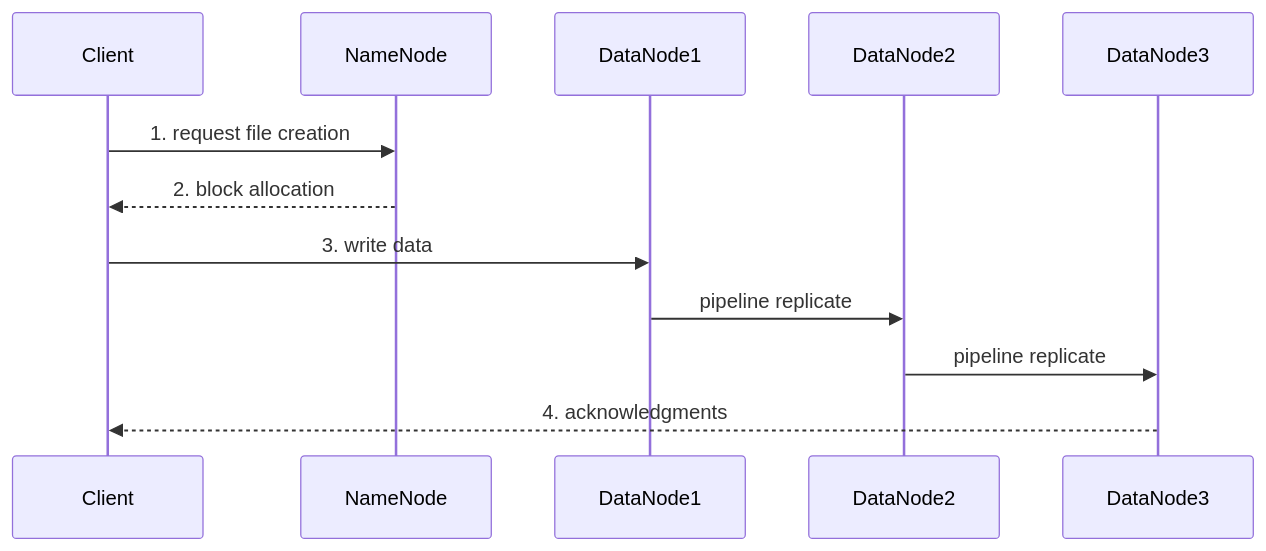
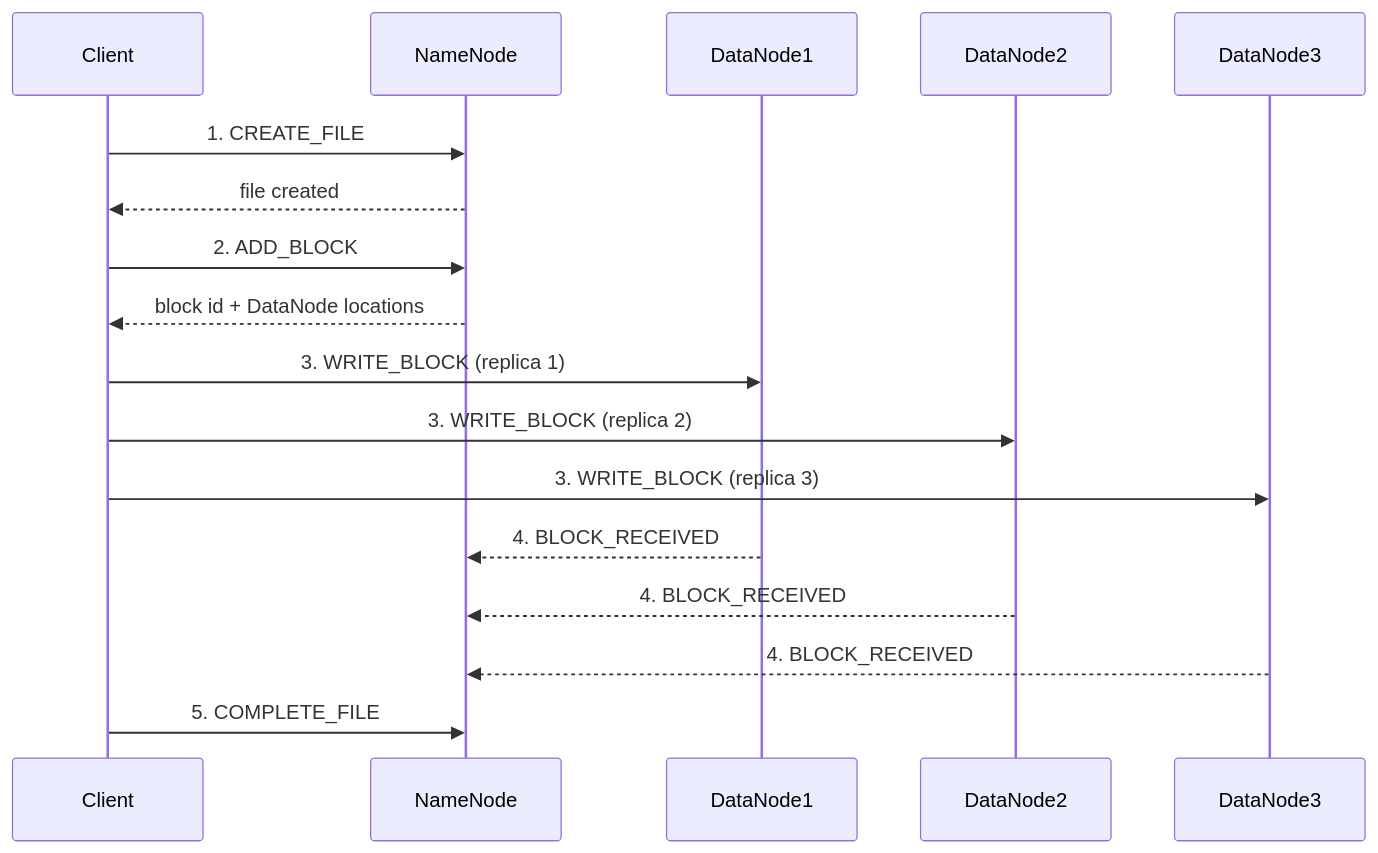
One commit to jchu0/applied-cs-projects changed the second of 4 diagrams in 34-distributed-file-system/docs/ARCHITECTURE.md. Above: the diagram before and after it, drawn with Mermaid. The commit also changed other lines of this file and 2 other files, not shown here.

First line of the commit message:
Fix drifted API docs and write-path diagram (05, 34)

````diff
--- a/34-distributed-file-system/docs/ARCHITECTURE.md
+++ b/34-distributed-file-system/docs/ARCHITECTURE.md
@@ -86,14 +97,19 @@
 ```mermaid
 sequenceDiagram
     participant Client
     participant NameNode
     participant DataNode1
     participant DataNode2
     participant DataNode3
-    Client->>NameNode: 1. request file creation
-    NameNode-->>Client: 2. block allocation
-    Client->>DataNode1: 3. write data
-    DataNode1->>DataNode2: pipeline replicate
-    DataNode2->>DataNode3: pipeline replicate
-    DataNode3-->>Client: 4. acknowledgments
+    Client->>NameNode: 1. CREATE_FILE
+    NameNode-->>Client: file created
+    Client->>NameNode: 2. ADD_BLOCK
+    NameNode-->>Client: block id + DataNode locations
+    Client->>DataNode1: 3. WRITE_BLOCK (replica 1)
+    Client->>DataNode2: 3. WRITE_BLOCK (replica 2)
+    Client->>DataNode3: 3. WRITE_BLOCK (replica 3)
+    DataNode1-->>NameNode: 4. BLOCK_RECEIVED
+    DataNode2-->>NameNode: 4. BLOCK_RECEIVED
+    DataNode3-->>NameNode: 4. BLOCK_RECEIVED
+    Client->>NameNode: 5. COMPLETE_FILE
 ```
````
